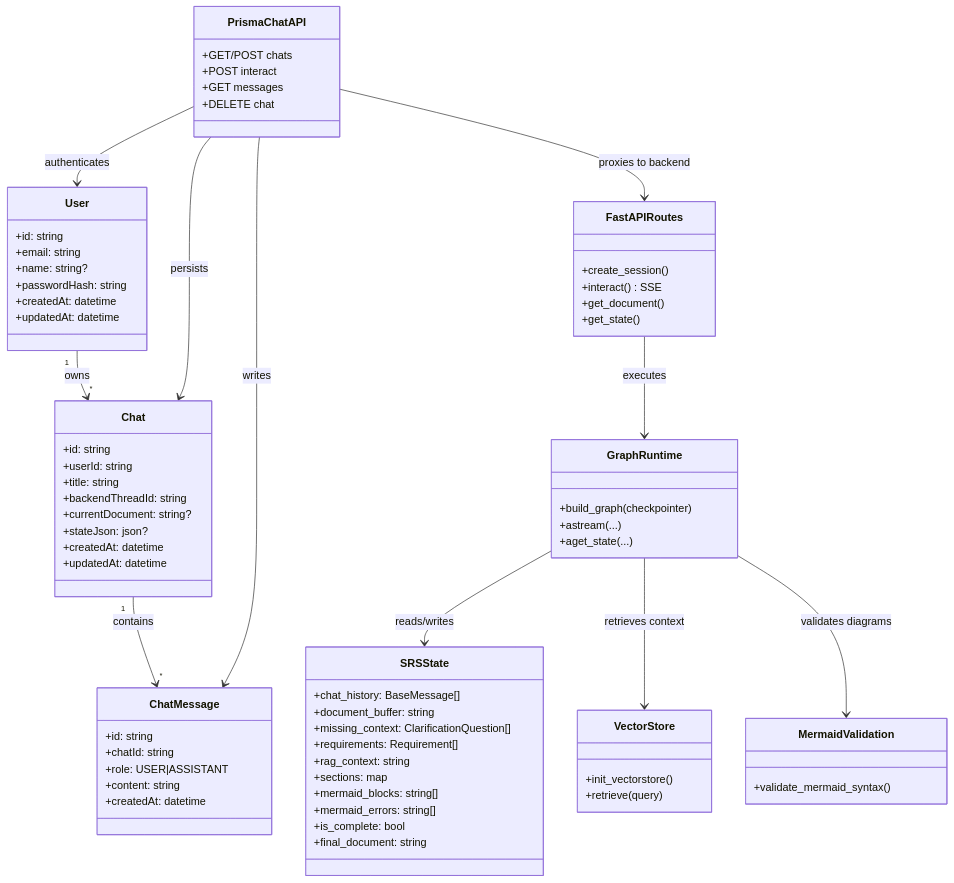
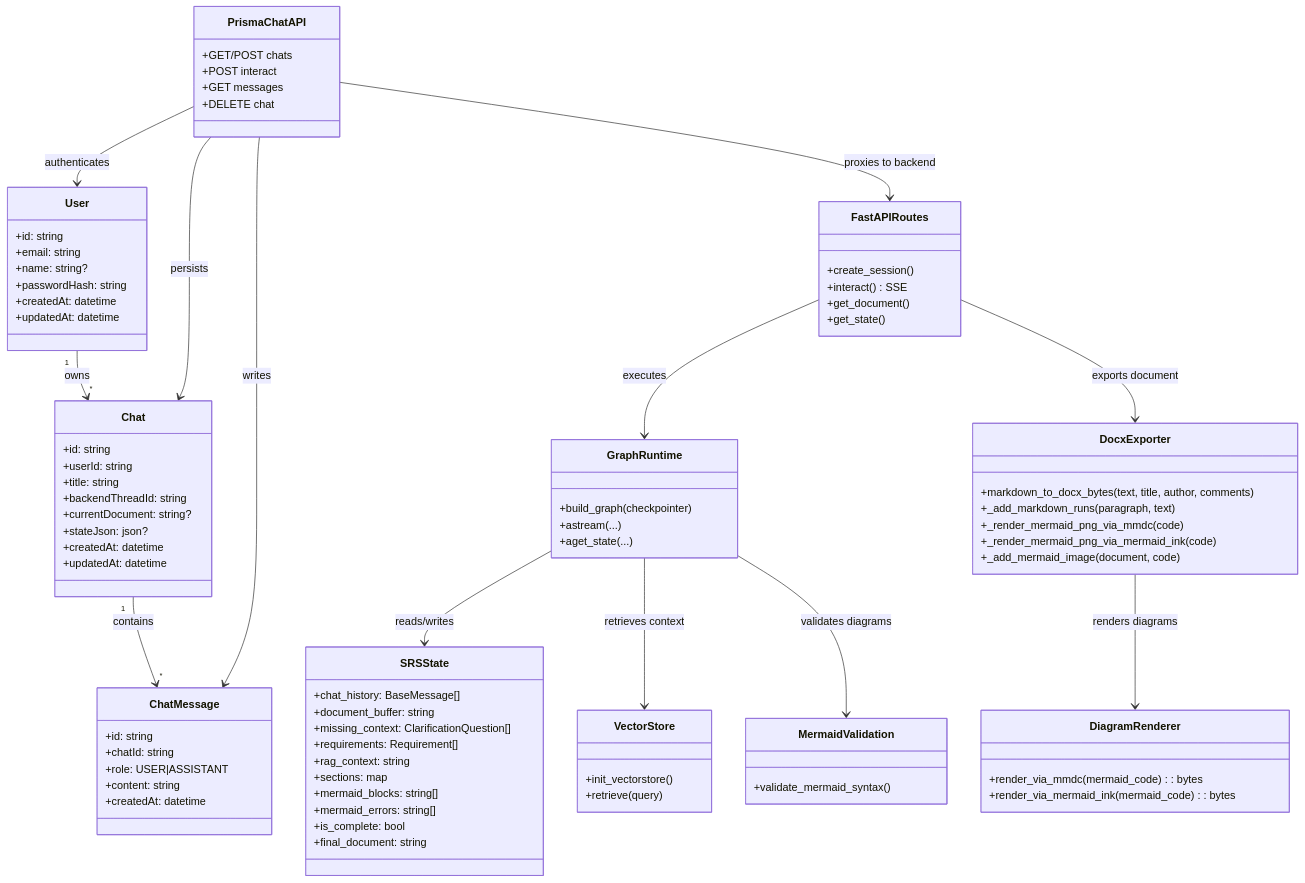
The diagram in documentation/class_diagram.md (Ta1al/automated-SRS-generator), drawn with Mermaid before and after one commit. The commit also changed other lines of this file and 3 other files, not shown here.

```diff
--- a/documentation/class_diagram.md
+++ b/documentation/class_diagram.md
@@ -74,6 +74,19 @@
         +validate_mermaid_syntax()
     }
 
+    class DocxExporter {
+        +markdown_to_docx_bytes(text, title, author, comments)
+        +_add_markdown_runs(paragraph, text)
+        +_render_mermaid_png_via_mmdc(code)
+        +_render_mermaid_png_via_mermaid_ink(code)
+        +_add_mermaid_image(document, code)
+    }
+
+    class DiagramRenderer {
+        +render_via_mmdc(mermaid_code): bytes
+        +render_via_mermaid_ink(mermaid_code): bytes
+    }
+
     User "1" --> "*" Chat : owns
     Chat "1" --> "*" ChatMessage : contains
     PrismaChatAPI --> User : authenticates
@@ -81,6 +94,8 @@
     PrismaChatAPI --> ChatMessage : writes
     PrismaChatAPI --> FastAPIRoutes : proxies to backend
     FastAPIRoutes --> GraphRuntime : executes
+    FastAPIRoutes --> DocxExporter : exports document
+    DocxExporter --> DiagramRenderer : renders diagrams
     GraphRuntime --> SRSState : reads/writes
     GraphRuntime --> VectorStore : retrieves context
     GraphRuntime --> MermaidValidation : validates diagrams
```
